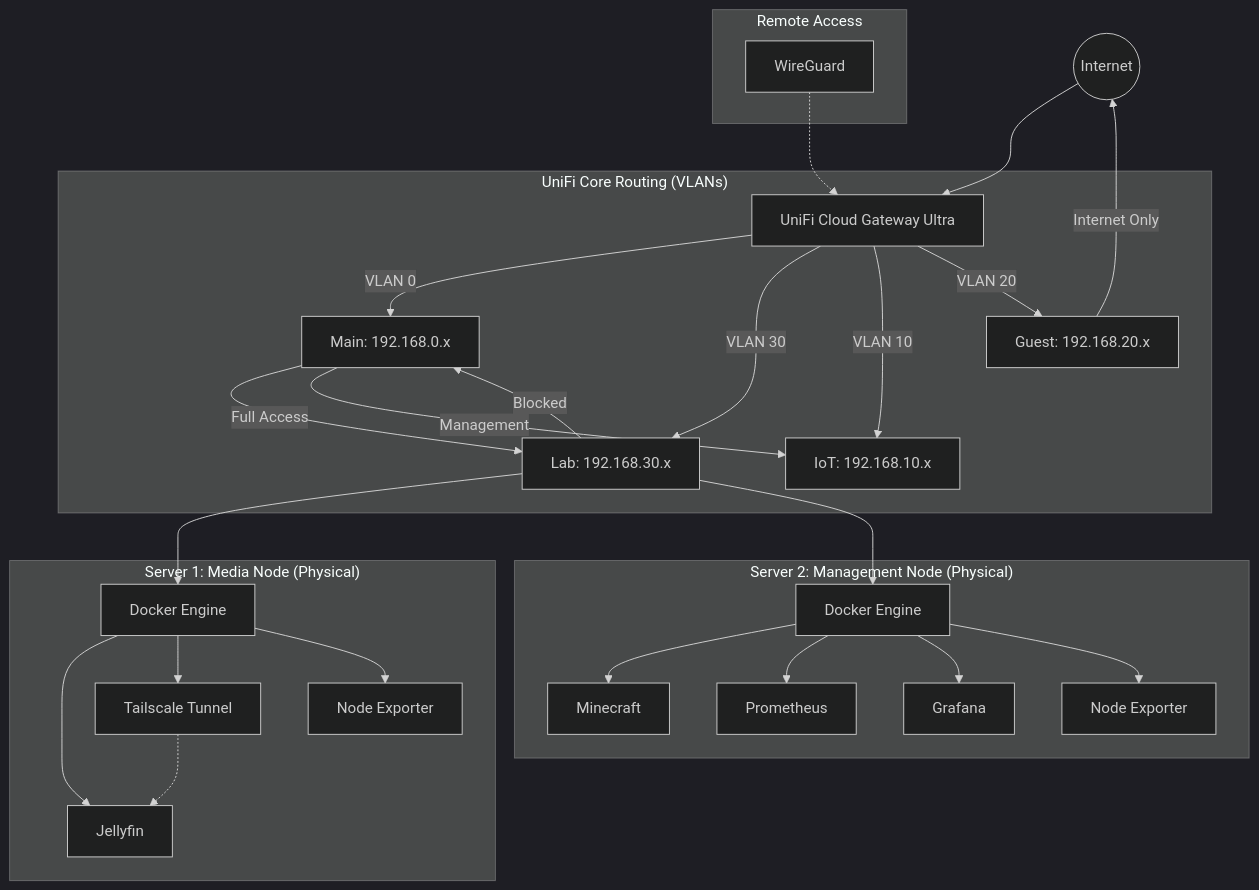
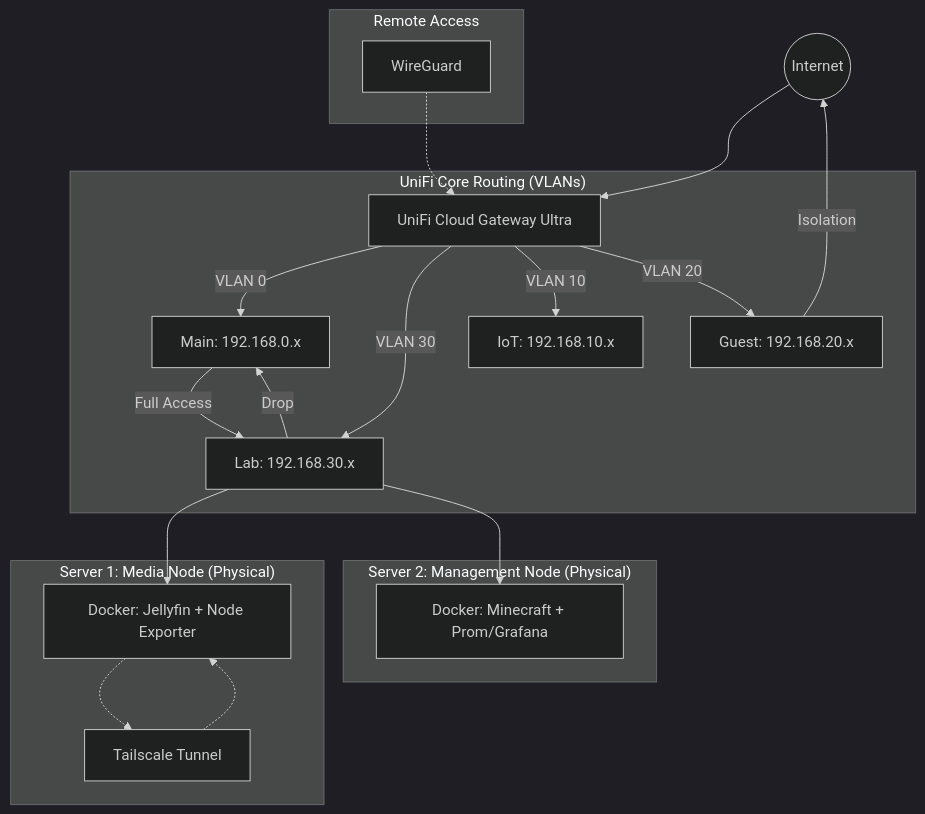
Before and after one commit to ItsSpres/Home-Lab: the diagram in README.md, drawn with Mermaid (dark theme). The commit also changed other lines of this file, not shown here.

````diff
--- a/README.md
+++ b/README.md
@@ -6,37 +6,30 @@
 ```mermaid
 graph TD
     WAN((Internet)) --> UCG[UniFi Cloud Gateway Ultra]
 
     subgraph "UniFi Core Routing (VLANs)"
         UCG -- "VLAN 0" --> Admin[Main: 192.168.0.x]
         UCG -- "VLAN 30" --> Lab[Lab: 192.168.30.x]
         UCG -- "VLAN 10" --> IoT[IoT: 192.168.10.x]
         UCG -- "VLAN 20" --> Guest[Guest: 192.168.20.x]
     end
 
     subgraph "Server 1: Media Node (Physical)"
-        Lab --> S1D[Docker Engine]
-        S1D --> JF[Jellyfin]
-        S1D --> TS[Tailscale Tunnel]
-        S1D --> NE1[Node Exporter]
+        Lab --> S1[Docker: Jellyfin + Node Exporter]
+        S1 -.-> TS[Tailscale Tunnel]
     end
 
     subgraph "Server 2: Management Node (Physical)"
-        Lab --> S2D[Docker Engine]
-        S2D --> MC[Minecraft]
-        S2D --> PM[Prometheus]
-        S2D --> GF[Grafana]
-        S2D --> NE2[Node Exporter]
+        Lab --> S2[Docker: Minecraft + Prom/Grafana]
     end
 
     subgraph "Remote Access"
         WireGuard -.-> UCG
-        TS -.-> JF
+        TS -.-> S1
     end
 
     Admin -- "Full Access" --> Lab
-    Admin -- "Management" --> IoT
-    Guest -- "Internet Only" --> WAN
-    Lab -- "Blocked" --> Admin
+    Lab -- "Drop" --> Admin
+    Guest -- "Isolation" --> WAN
 
 ```
````
